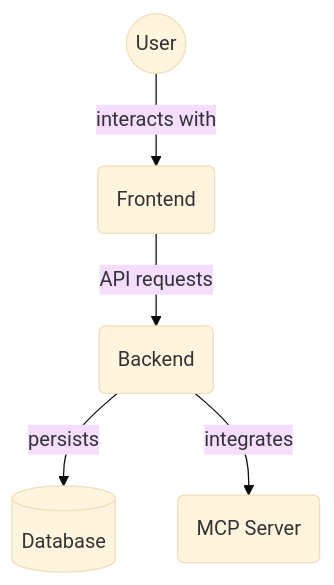
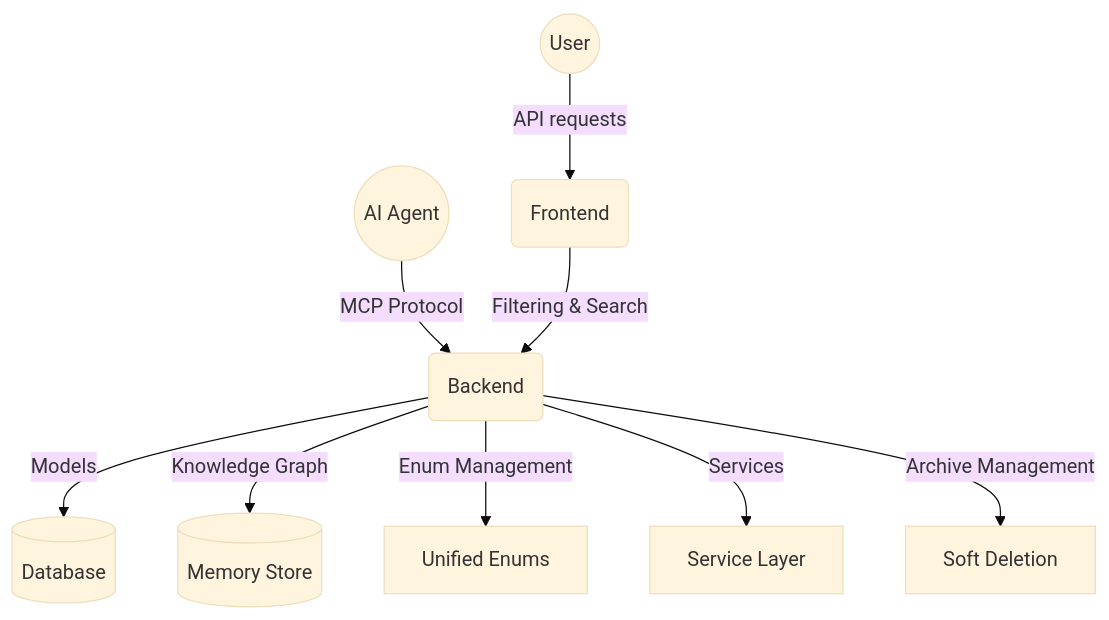
One commit to m0st4f4-hub/MCP-ProjectManager changed the diagram in backend/README.md. Above: the diagram before and after it, drawn with Mermaid (base theme). The commit also changed other lines of this file and 234 other files, not shown here.

First line of the commit message:
Refactor backend architecture and remove deprecated files

````diff
--- a/backend/README.md
+++ b/backend/README.md
@@ -282,7 +339,11 @@
 ```mermaid
 graph TD
-    user((User)) -->|interacts with| frontend(Frontend)
-    frontend -->|API requests| backend(Backend)
-    backend -->|persists| database[(Database)]
-    backend -->|integrates| mcp(MCP Server)
+    user((User)) -->|API requests| frontend(Frontend)
+    agent((AI Agent)) -->|MCP Protocol| backend(Backend)
+    frontend -->|Filtering & Search| backend
+    backend -->|Models| database[(Database)]
+    backend -->|Knowledge Graph| memory[(Memory Store)]
+    backend -->|Enum Management| enums[Unified Enums]
+    backend -->|Services| services[Service Layer]
+    backend -->|Archive Management| archive[Soft Deletion]
 ```
````
